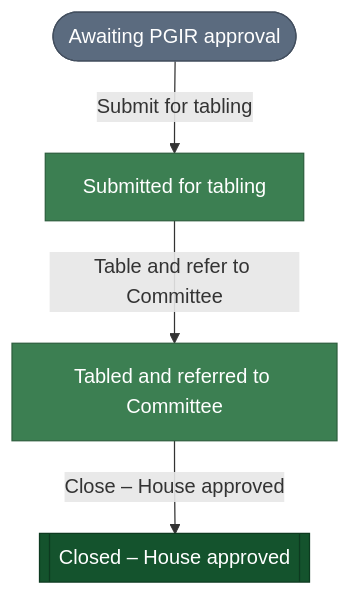
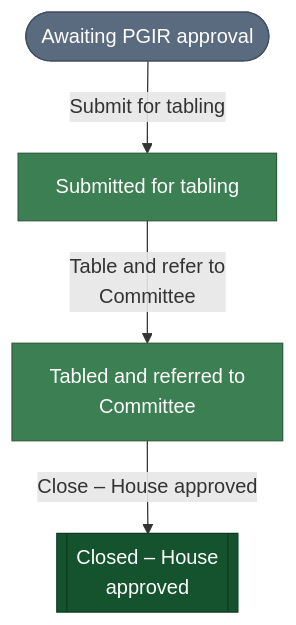
One commit to gelie/pwms_project changed the diagram in src/pwms/docs/delegation_report_workflow.md. Above: the diagram before and after it, drawn with Mermaid. The commit also changed 4 other files, not shown here.

First line of the commit message:
Fix bill workflow diagram rendering and legend

````diff
--- a/src/pwms/docs/delegation_report_workflow.md
+++ b/src/pwms/docs/delegation_report_workflow.md
@@ -5,15 +5,15 @@
 ```mermaid
 %% Generated by `manage.py generate_diagrams`; do not edit by hand.
 %% Workflow: Delegation Report
 flowchart TD
     classDef initial fill:#5b6b7f,stroke:#434f5f,color:#FFFFFF,stroke-width:1px
     classDef regular fill:#3c7f52,stroke:#2d5f3e,color:#FFFFFF,stroke-width:1px
     classDef terminal fill:#14532d,stroke:#0d3a20,color:#FFFFFF,stroke-width:1px
     s0(["Awaiting PGIR approval"]):::initial
     s1["Submitted for tabling"]:::regular
-    s2["Tabled and referred to Committee"]:::regular
-    s3[["Closed – House approved"]]:::terminal
+    s2["Tabled and referred to<br/>Committee"]:::regular
+    s3[["Closed – House<br/>approved"]]:::terminal
     s0 -->|"Submit for tabling"| s1
-    s1 -->|"Table and refer to Committee"| s2
+    s1 -->|"Table and refer to<br/>Committee"| s2
     s2 -->|"Close – House approved"| s3
 ```
````
